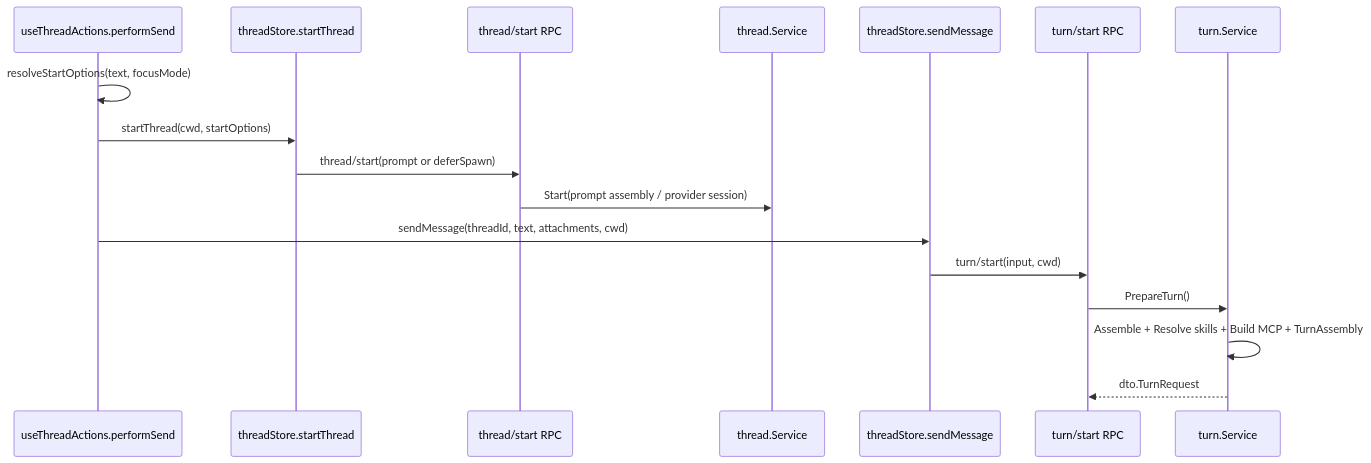
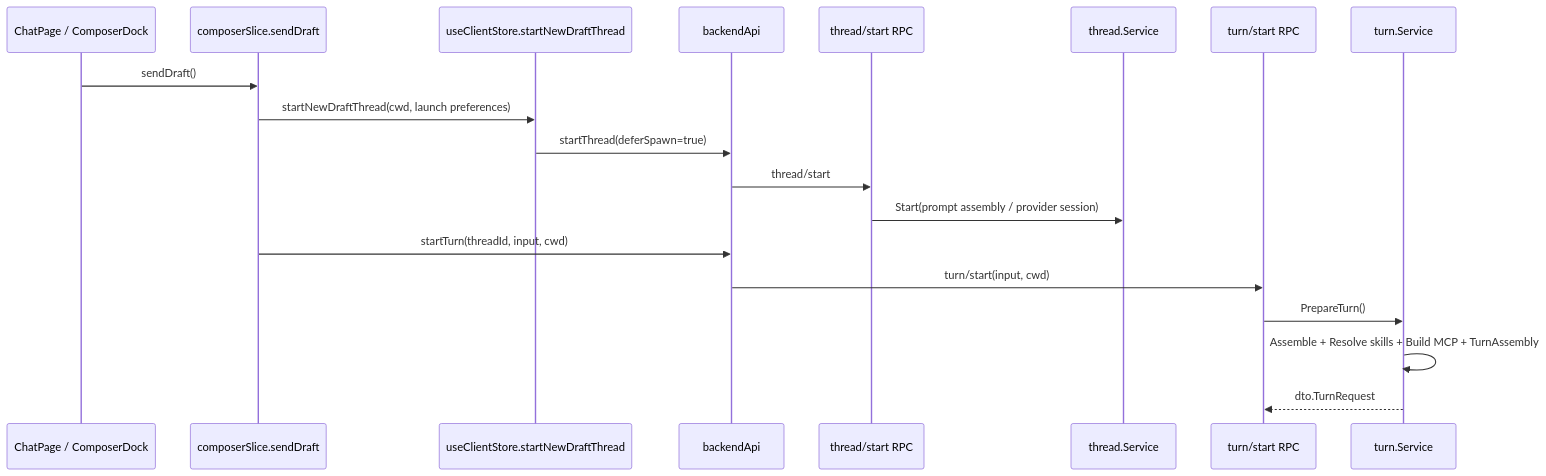
Before and after one commit to lihah111222333-cloud/Super-Dolphin-Agent-Cockpit: the ninth of 9 diagrams in docs/doc/codemap/07-module-write.md, drawn with Mermaid. The commit also changed other lines of this file and 22 other files, not shown here.

````diff
--- a/docs/doc/codemap/07-module-write.md
+++ b/docs/doc/codemap/07-module-write.md
@@ -561,20 +592,22 @@
 ```mermaid
 sequenceDiagram
-    participant UI as useThreadActions.performSend
-    participant TS as threadStore.startThread
+    participant UI as ChatPage / ComposerDock
+    participant CS as composerSlice.sendDraft
+    participant RT as useClientStore.startNewDraftThread
+    participant API as backendApi
     participant TH as thread/start RPC
     participant T as thread.Service
-    participant SM as threadStore.sendMessage
     participant TURN as turn/start RPC
     participant TVC as turn.Service
 
-    UI->>UI: resolveStartOptions(text, focusMode)
-    UI->>TS: startThread(cwd, startOptions)
-    TS->>TH: thread/start(prompt or deferSpawn)
+    UI->>CS: sendDraft()
+    CS->>RT: startNewDraftThread(cwd, launch preferences)
+    RT->>API: startThread(deferSpawn=true)
+    API->>TH: thread/start
     TH->>T: Start(prompt assembly / provider session)
-    UI->>SM: sendMessage(threadId, text, attachments, cwd)
-    SM->>TURN: turn/start(input, cwd)
+    CS->>API: startTurn(threadId, input, cwd)
+    API->>TURN: turn/start(input, cwd)
     TURN->>TVC: PrepareTurn()
     TVC->>TVC: Assemble + Resolve skills + Build MCP + TurnAssembly
     TVC-->>TURN: dto.TurnRequest
 ```
````
